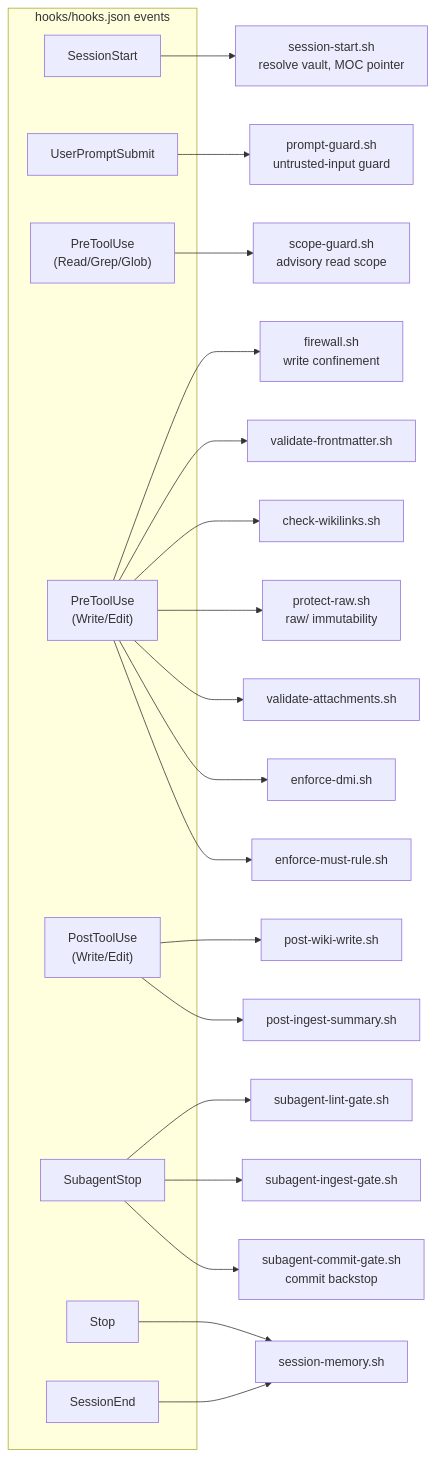
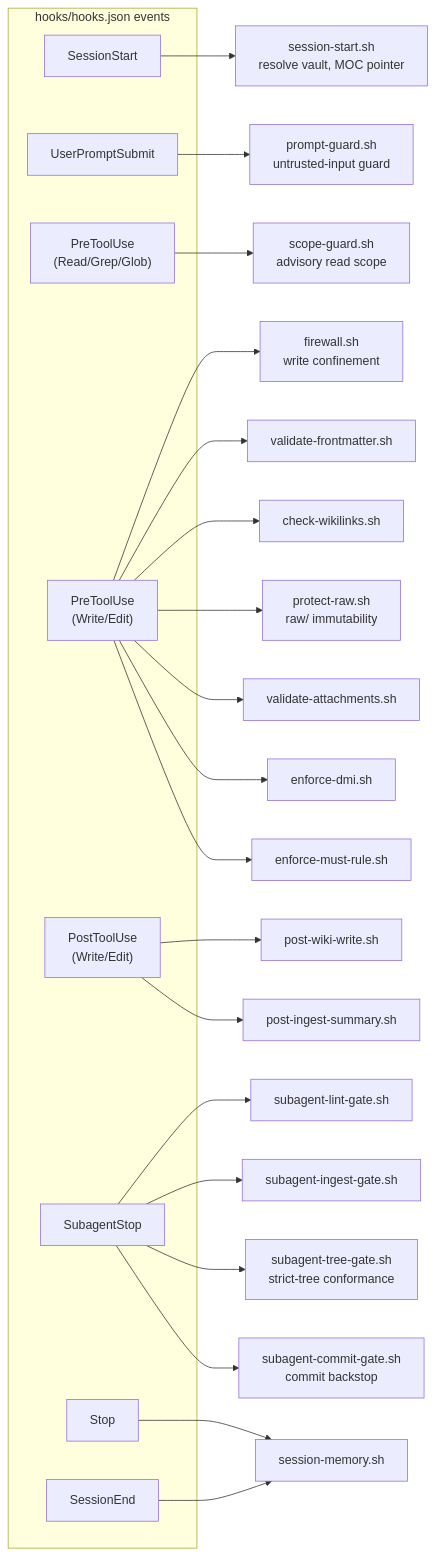
Before and after one commit to odere-pro/claude-wiki-pages-plugin: the first of 4 diagrams in docs/design/02-component-design.md, drawn with Mermaid. The commit also changed 24 other files, not shown here.

First line of the commit message:
refactor: retire disentangle-links — strict-tree-reduce is the sole link reducer (ADR-0036)

````diff
--- a/docs/design/02-component-design.md
+++ b/docs/design/02-component-design.md
@@ -13,31 +13,32 @@
 ```mermaid
 graph LR
     subgraph events["hooks/hooks.json events"]
         ss["SessionStart"]
         ups["UserPromptSubmit"]
         pre_rg["PreToolUse<br/>(Read/Grep/Glob)"]
         pre["PreToolUse<br/>(Write/Edit)"]
         post["PostToolUse<br/>(Write/Edit)"]
         sub["SubagentStop"]
         stop["Stop"]
         send["SessionEnd"]
     end
 
     ss --> p_ss["session-start.sh<br/>resolve vault, MOC pointer"]
     ups --> p_pg["prompt-guard.sh<br/>untrusted-input guard"]
     pre_rg --> p_sg["scope-guard.sh<br/>advisory read scope"]
     pre --> p_fw["firewall.sh<br/>write confinement"]
     pre --> p_vf["validate-frontmatter.sh"]
     pre --> p_wl["check-wikilinks.sh"]
     pre --> p_pr["protect-raw.sh<br/>raw/ immutability"]
     pre --> p_va["validate-attachments.sh"]
     pre --> p_dmi["enforce-dmi.sh"]
     pre --> p_mr["enforce-must-rule.sh"]
     post --> p_pw["post-wiki-write.sh"]
     post --> p_pi["post-ingest-summary.sh"]
     sub --> p_lg["subagent-lint-gate.sh"]
     sub --> p_ig["subagent-ingest-gate.sh"]
+    sub --> p_tg["subagent-tree-gate.sh<br/>strict-tree conformance"]
     sub --> p_cg["subagent-commit-gate.sh<br/>commit backstop"]
     stop --> p_sm["session-memory.sh"]
     send --> p_sm
 ```
````
